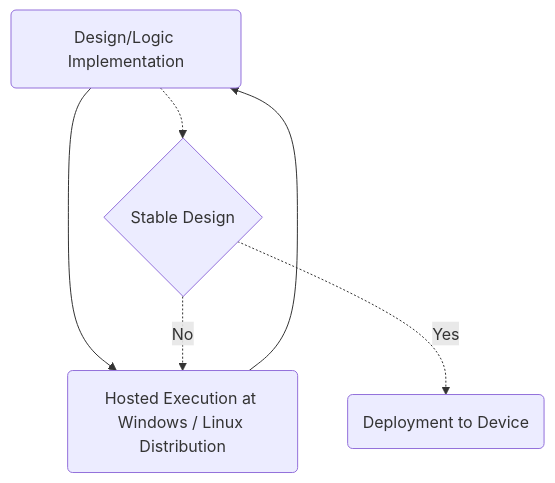
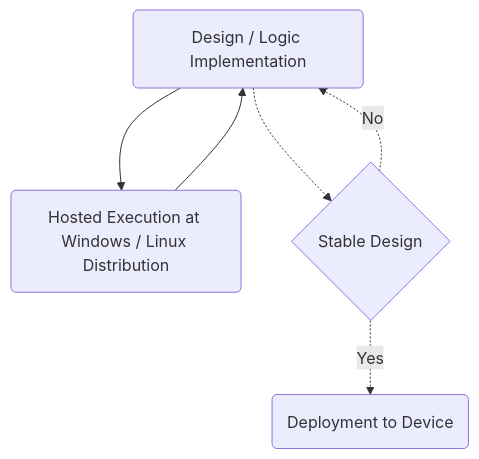
One commit to move-os/moveOS changed the diagram in README.md. Above: the diagram before and after it, drawn with Mermaid.

````diff
--- a/README.md
+++ b/README.md
@@ -37,8 +37,8 @@
 ```mermaid
 graph TD;
-  A(Design/Logic Implementation) --> B(Hosted Execution at Windows / Linux Distribution)
+  A(Design / Logic Implementation) --> B(Hosted Execution at Windows / Linux Distribution)
   B --> A
   A -.-> C{Stable Design}
   C -.-> |Yes|D(Deployment to Device)
-  C -.-> |No|B
+  C -.-> |No|A
 ```
````
